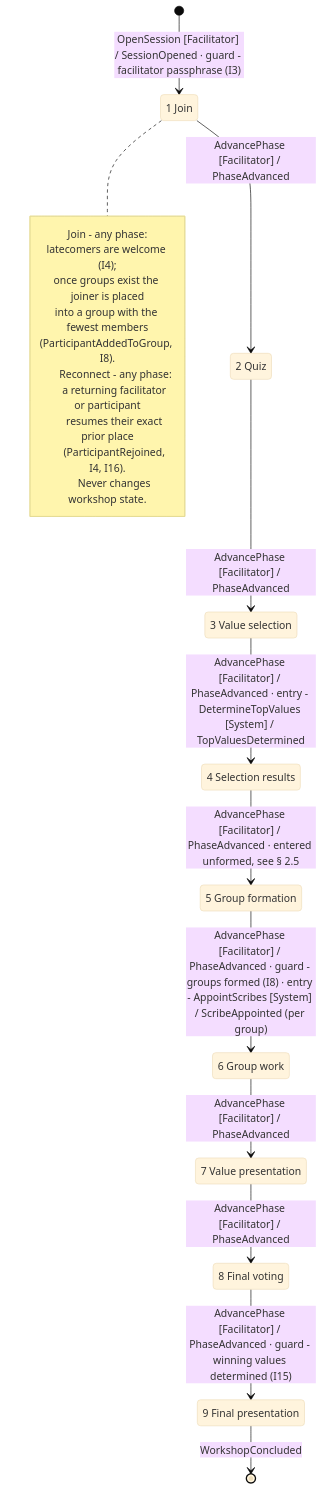
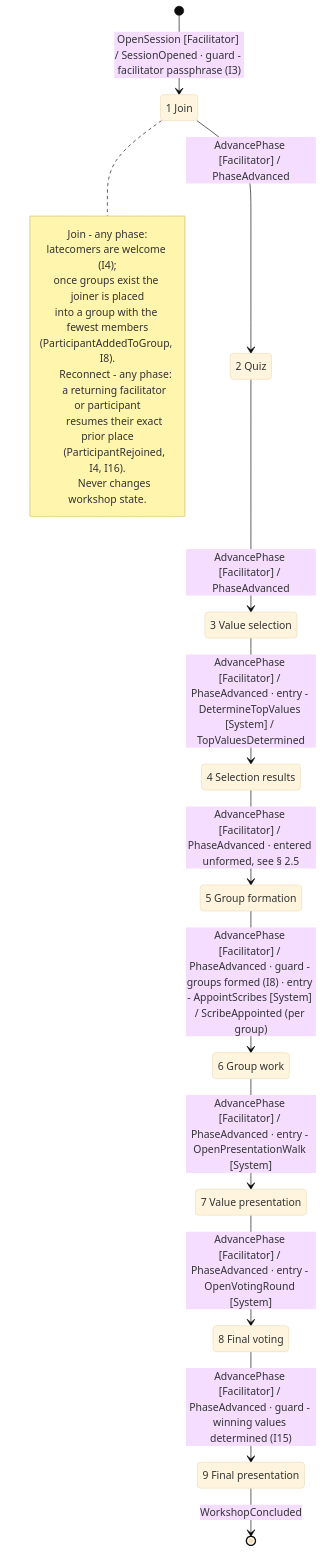
One commit to JakobKrummeich/ValuesWorkshop changed the first of 7 diagrams in design/state-machine.md. Above: the diagram before and after it, drawn with Mermaid (base theme). The commit also changed other lines of this file, not shown here.

Commit message:
no-mistakes(document): Update state-machine.md entry-action list and transition table

````diff
--- a/design/state-machine.md
+++ b/design/state-machine.md
@@ -23,37 +23,37 @@
 ```mermaid
 stateDiagram-v2
     state "1 Join" as P1
     state "2 Quiz" as P2
     state "3 Value selection" as P3
     state "4 Selection results" as P4
     state "5 Group formation" as P5
     state "6 Group work" as P6
     state "7 Value presentation" as P7
     state "8 Final voting" as P8
     state "9 Final presentation" as P9
 
     [*] --> P1 : OpenSession [Facilitator] / SessionOpened · guard - facilitator passphrase (I3)
     P1 --> P2 : AdvancePhase [Facilitator] / PhaseAdvanced
     P2 --> P3 : AdvancePhase [Facilitator] / PhaseAdvanced
     P3 --> P4 : AdvancePhase [Facilitator] / PhaseAdvanced · entry - DetermineTopValues [System] / TopValuesDetermined
     P4 --> P5 : AdvancePhase [Facilitator] / PhaseAdvanced · entered unformed, see § 2.5
     P5 --> P6 : AdvancePhase [Facilitator] / PhaseAdvanced · guard - groups formed (I8) · entry - AppointScribes [System] / ScribeAppointed (per group)
-    P6 --> P7 : AdvancePhase [Facilitator] / PhaseAdvanced
-    P7 --> P8 : AdvancePhase [Facilitator] / PhaseAdvanced
+    P6 --> P7 : AdvancePhase [Facilitator] / PhaseAdvanced · entry - OpenPresentationWalk [System]
+    P7 --> P8 : AdvancePhase [Facilitator] / PhaseAdvanced · entry - OpenVotingRound [System]
     P8 --> P9 : AdvancePhase [Facilitator] / PhaseAdvanced · guard - winning values determined (I15)
     P9 --> [*] : WorkshopConcluded
 
     note right of P1
       Join - any phase:
       latecomers are welcome (I4);
       once groups exist the joiner is placed
       into a group with the fewest members
       (ParticipantAddedToGroup, I8).
 
       Reconnect - any phase:
       a returning facilitator or participant
       resumes their exact prior place
       (ParticipantRejoined, I4, I16).
       Never changes workshop state.
     end note
 ```
````
